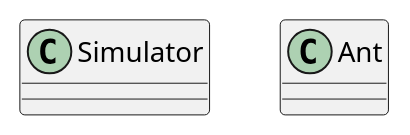
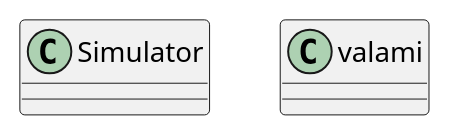
One commit to CodecoolGlobal/life-of-the-ants-java-Bahlazs changed the diagram in diagram-plan.puml. Above: the diagram before and after it, drawn with PlantUML. The commit also changed 6 other files, not shown here.

```diff
--- a/diagram-plan.puml
+++ b/diagram-plan.puml
@@ -1,11 +1,11 @@
 @startuml
 'https://plantuml.com/class-diagram
 
 class Simulator {}
 
-class Ant {}
+class valami
 
 
 
 
 @enduml
```
